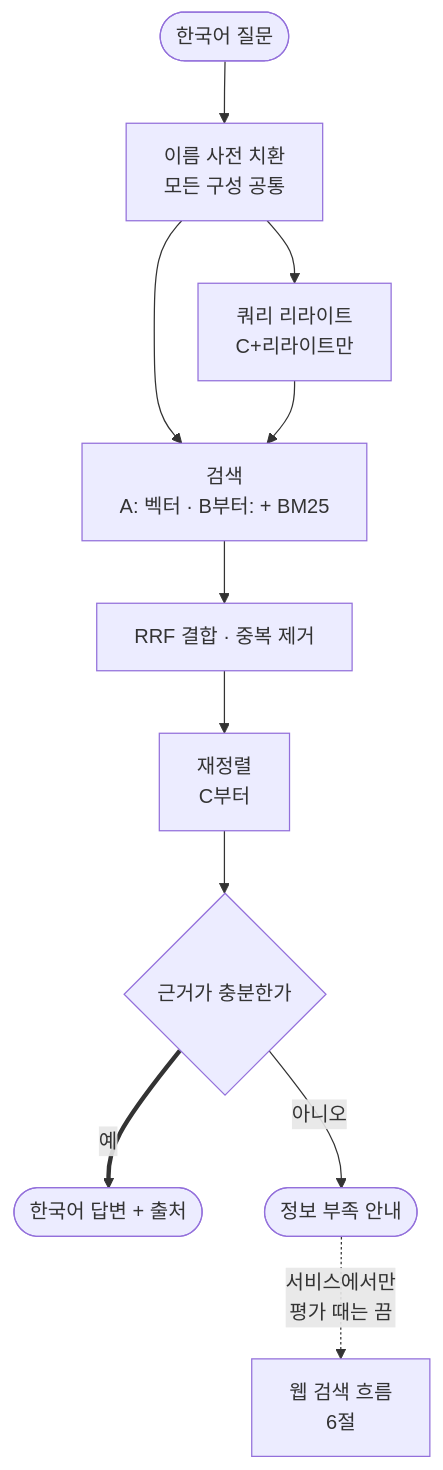
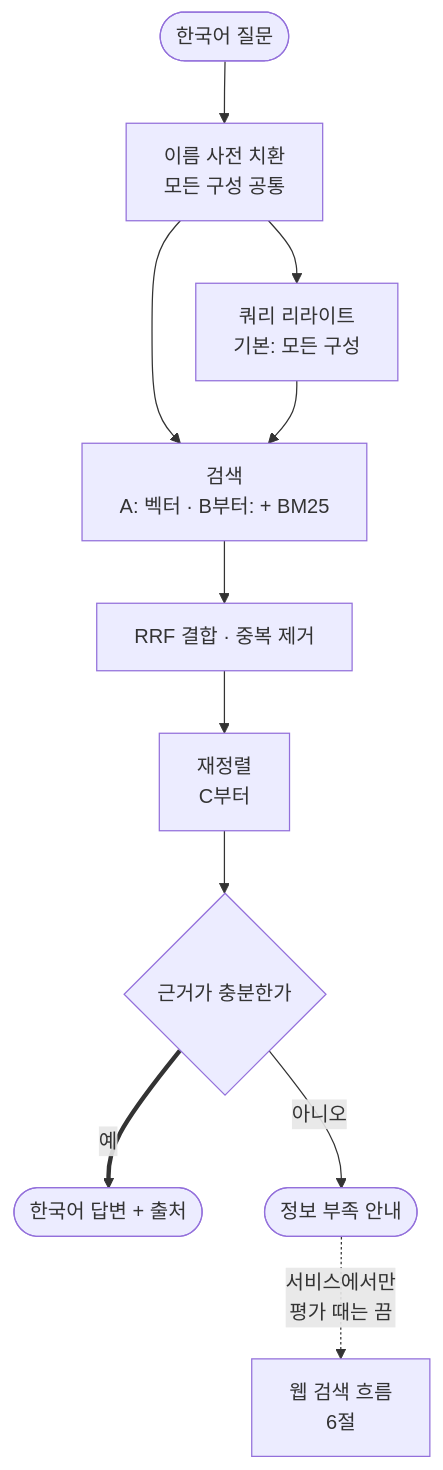
One commit to 766min/ax-rag-cinema changed the fourth of 5 diagrams in docs/architecture.md. Above: the diagram before and after it, drawn with Mermaid. The commit also changed other lines of this file and 11 other files, not shown here.

````diff
--- a/docs/architecture.md
+++ b/docs/architecture.md
@@ -197,13 +197,13 @@
 ```mermaid
 flowchart TB
   Q(["한국어 질문"]) --> D["이름 사전 치환<br/>모든 구성 공통"]
-  D --> RW["쿼리 리라이트<br/>C+리라이트만"]
+  D --> RW["쿼리 리라이트<br/>기본: 모든 구성"]
   D --> S["검색<br/>A: 벡터 · B부터: + BM25"]
   RW --> S
   S --> F["RRF 결합 · 중복 제거"]
   F --> R["재정렬<br/>C부터"]
   R --> E{"근거가 충분한가"}
   E ==>|"예"| A(["한국어 답변 + 출처"])
   E -->|"아니오"| N(["정보 부족 안내"])
   N -.->|"서비스에서만<br/>평가 때는 끔"| WB["웹 검색 흐름<br/>6절"]
 ```
````
